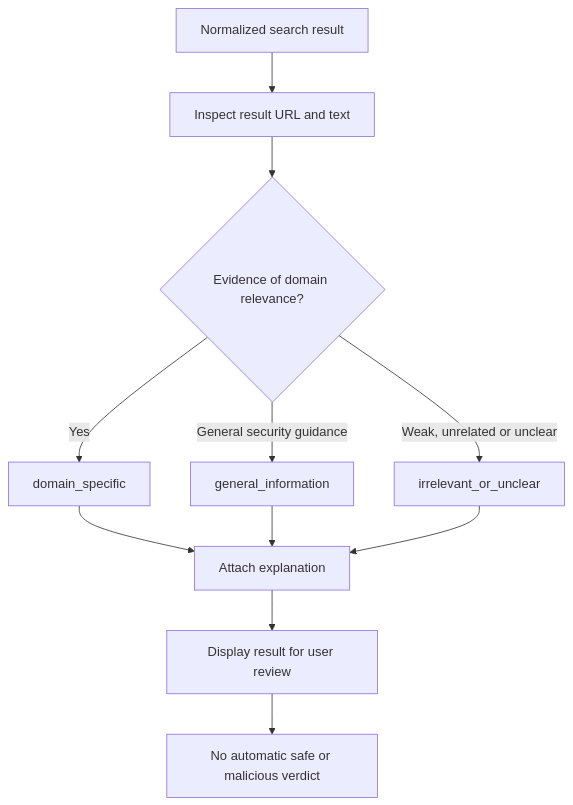
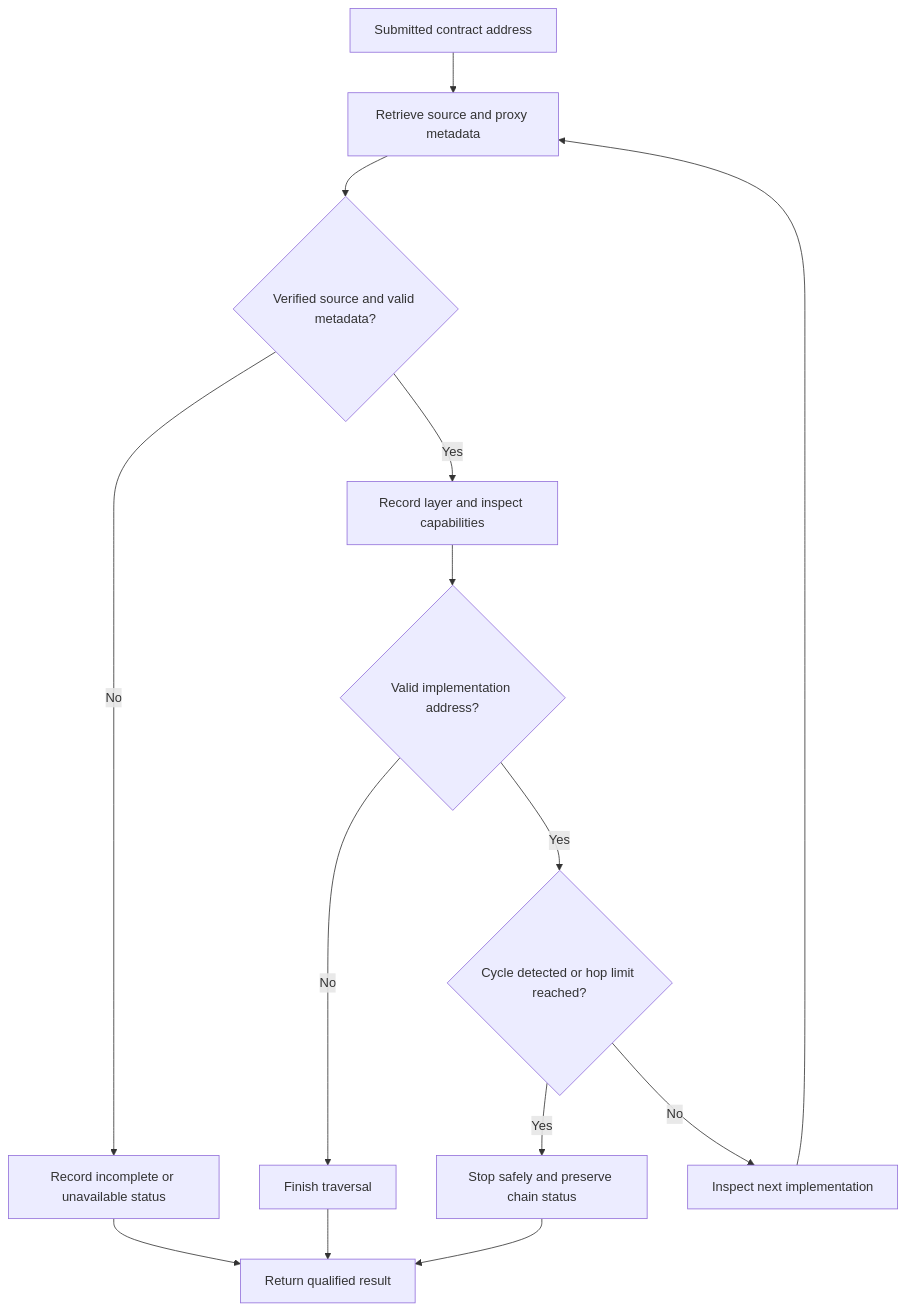
Before and after one commit to iamjahnvi/ChainShield: the third of 3 diagrams in README.md, drawn with Mermaid. The commit also changed other lines of this file, not shown here.

````diff
--- a/README.md
+++ b/README.md
@@ -443,13 +260,16 @@
 ```mermaid
 flowchart TD
-    A["Normalized search result"] --> B["Inspect result URL and text"]
-    B --> C{"Evidence of domain relevance?"}
-    C -- "Yes" --> D["domain_specific"]
-    C -- "General security guidance" --> E["general_information"]
-    C -- "Weak, unrelated or unclear" --> F["irrelevant_or_unclear"]
-    D --> G["Attach explanation"]
-    E --> G
-    F --> G
-    G --> H["Display result for user review"]
-    H --> I["No automatic safe or malicious verdict"]
+    A["Submitted contract address"] --> B["Retrieve source and proxy metadata"]
+    B --> C{"Verified source and valid metadata?"}
+    C -- "Yes" --> D["Record layer and inspect capabilities"]
+    C -- "No" --> E["Record incomplete or unavailable status"]
+    D --> F{"Valid implementation address?"}
+    F -- "No" --> G["Finish traversal"]
+    F -- "Yes" --> H{"Cycle detected or hop limit reached?"}
+    H -- "Yes" --> I["Stop safely and preserve chain status"]
+    H -- "No" --> J["Inspect next implementation"]
+    J --> B
+    E --> K["Return qualified result"]
+    G --> K
+    I --> K
 ```
````
